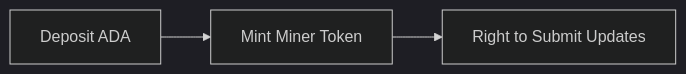
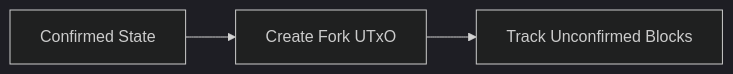
One commit to lantr-io/binocular changed the third of 5 diagrams in Litepaper.md. Above: the diagram before and after it, drawn with Mermaid (dark theme). The commit also changed other lines of this file and 1 other file, not shown here.

Commit message:
docs: update Litepaper and Whitepaper to reflect changes in Binocular architecture and processes

````diff
--- a/Litepaper.md
+++ b/Litepaper.md
@@ -75,5 +72,5 @@
 ```mermaid
 graph LR
-A[Deposit ADA] --> B[Mint Miner Token]
-B --> C[Right to Submit Updates]
+A[Confirmed State] --> B[Create Fork UTxO]
+B --> C[Track Unconfirmed Blocks]
 ```
````
